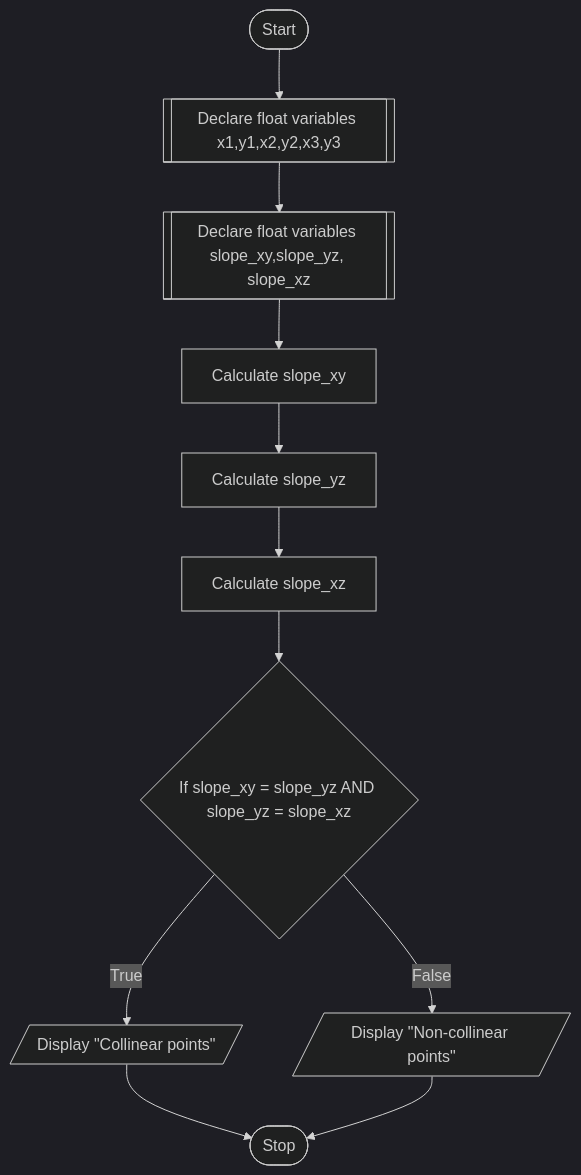
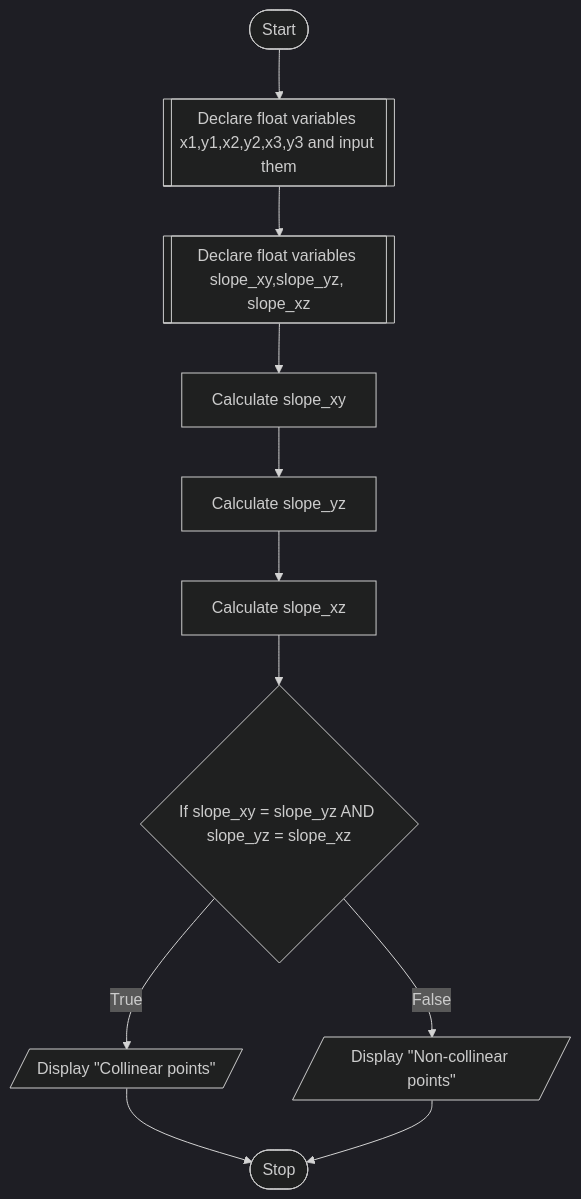
The diagram in Chapter-3/Pseudocodes/Problem6.md (Sree2011/Exercises-c-java-python), drawn with Mermaid (dark theme) before and after one commit. The commit also changed other lines of this file and 3 other files, not shown here.

````diff
--- a/Chapter-3/Pseudocodes/Problem6.md
+++ b/Chapter-3/Pseudocodes/Problem6.md
@@ -46,13 +47,13 @@
 ```mermaid
 flowchart TD
-A([Start]) --> B[[Declare float variables x1,y1,x2,y2,x3,y3]]
+A([Start]) --> B[[Declare float variables x1,y1,x2,y2,x3,y3 and input them]]
 B --> C[[Declare float variables slope_xy,slope_yz, slope_xz]]
 C --> D[Calculate slope_xy]
 D --> E[Calculate slope_yz]
 E --> F[Calculate slope_xz]
 F --> G{If slope_xy = slope_yz AND slope_yz = slope_xz}
 G --> |True|H[/Display "Collinear points"/]
 G --> |False|I[/Display "Non-collinear points"/]
 H --> J([Stop])
 I --> J
 ```
````
